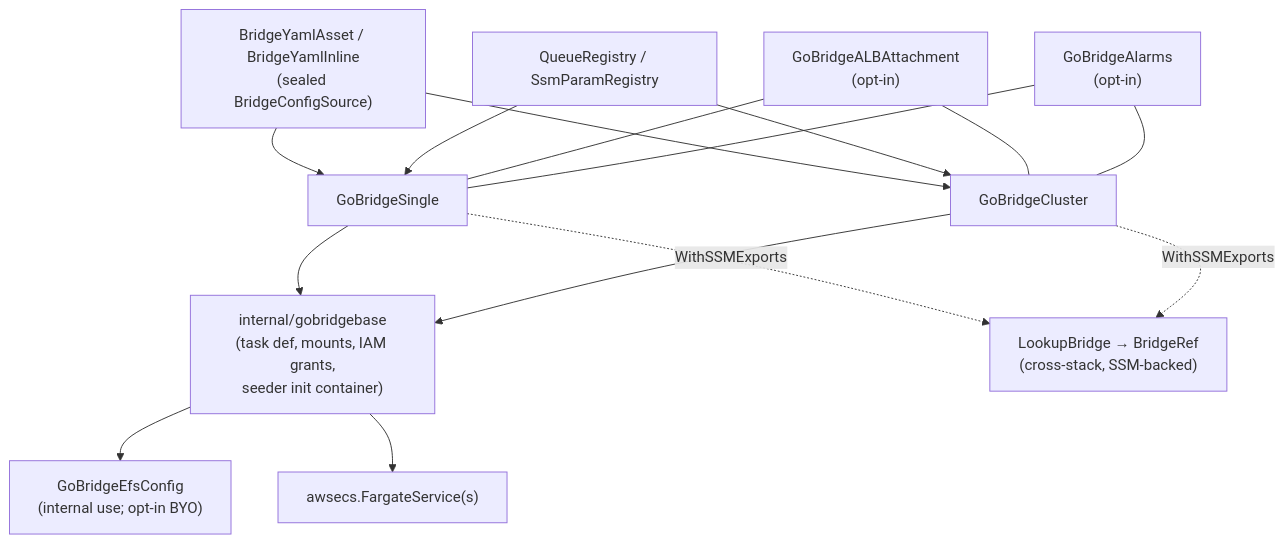
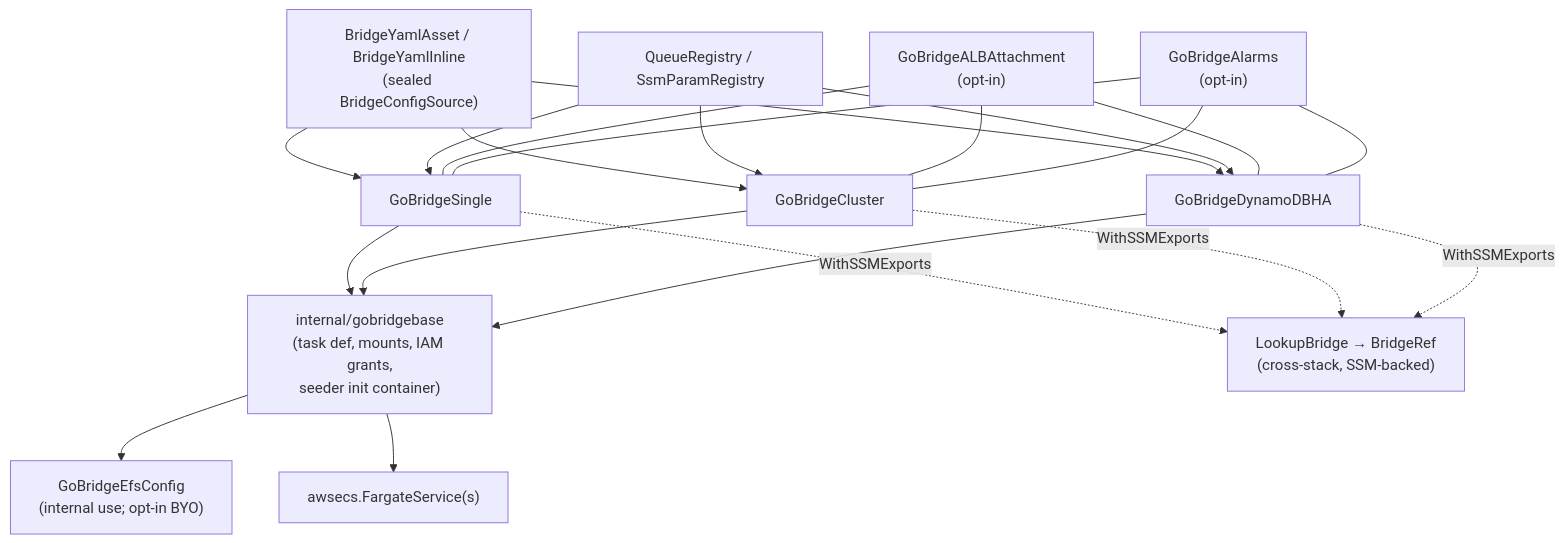
One commit to mariotoffia/gobridge changed the second of 4 diagrams in deployment/aws-filebased-config/ARCHITECTURE.md. Above: the diagram before and after it, drawn with Mermaid. The commit also changed other lines of this file and 30 other files, not shown here.

Commit message:
feat(aws): add DynamoDB-coordinated bridge HA

````diff
--- a/deployment/aws-filebased-config/ARCHITECTURE.md
+++ b/deployment/aws-filebased-config/ARCHITECTURE.md
@@ -42,28 +43,35 @@
 ```mermaid
 flowchart TB
     YAML["BridgeYamlAsset / BridgeYamlInline<br/>(sealed BridgeConfigSource)"]
     REG["QueueRegistry / SsmParamRegistry"]
     SINGLE["GoBridgeSingle"]
     CLUSTER["GoBridgeCluster"]
+    HA["GoBridgeDynamoDBHA"]
     EFS["GoBridgeEfsConfig<br/>(internal use; opt-in BYO)"]
     BASE["internal/gobridgebase<br/>(task def, mounts, IAM grants,<br/>seeder init container)"]
     ECS["awsecs.FargateService(s)"]
     ALB["GoBridgeALBAttachment<br/>(opt-in)"]
     ALM["GoBridgeAlarms<br/>(opt-in)"]
     LOOKUP["LookupBridge → BridgeRef<br/>(cross-stack, SSM-backed)"]
 
     YAML --> SINGLE
     YAML --> CLUSTER
+    YAML --> HA
     REG --> SINGLE
     REG --> CLUSTER
+    REG --> HA
     SINGLE --> BASE
     CLUSTER --> BASE
+    HA --> BASE
     BASE --> EFS
     BASE --> ECS
     SINGLE -. WithSSMExports .-> LOOKUP
     CLUSTER -. WithSSMExports .-> LOOKUP
+    HA -. WithSSMExports .-> LOOKUP
     ALB --- SINGLE
     ALB --- CLUSTER
+    ALB --- HA
     ALM --- SINGLE
     ALM --- CLUSTER
+    ALM --- HA
 ```
````
